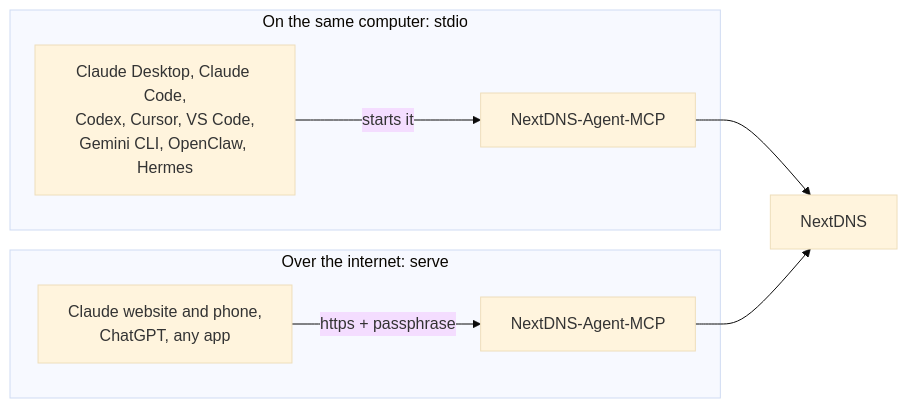
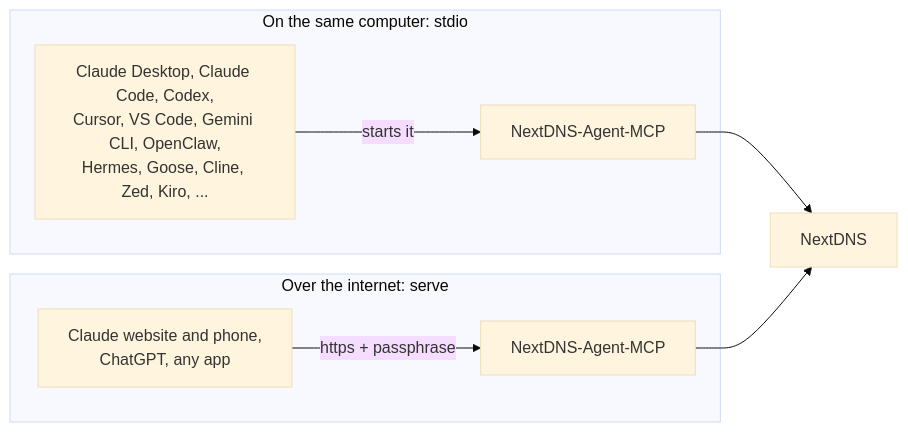
One commit to Self-hosted-MCP/NextDNS-Agent-MCP changed the diagram in docs/connect-your-ai.md. Above: the diagram before and after it, drawn with Mermaid (base theme). The commit also changed other lines of this file and 5 other files, not shown here.

````diff
--- a/docs/connect-your-ai.md
+++ b/docs/connect-your-ai.md
@@ -8,11 +8,11 @@
 ```mermaid
 flowchart LR
     subgraph computer["On the same computer: stdio"]
-        A1["Claude Desktop, Claude Code,<br/>Codex, Cursor, VS Code,<br/>Gemini CLI, OpenClaw, Hermes"] -->|"starts it"| S1["NextDNS-Agent-MCP"]
+        A1["Claude Desktop, Claude Code, Codex,<br/>Cursor, VS Code, Gemini CLI, OpenClaw,<br/>Hermes, Goose, Cline, Zed, Kiro, ..."] -->|"starts it"| S1["NextDNS-Agent-MCP"]
     end
     subgraph internet["Over the internet: serve"]
         A2["Claude website and phone,<br/>ChatGPT, any app"] -->|"https + passphrase"| S2["NextDNS-Agent-MCP"]
     end
     S1 --> N["NextDNS"]
     S2 --> N
 ```
````
